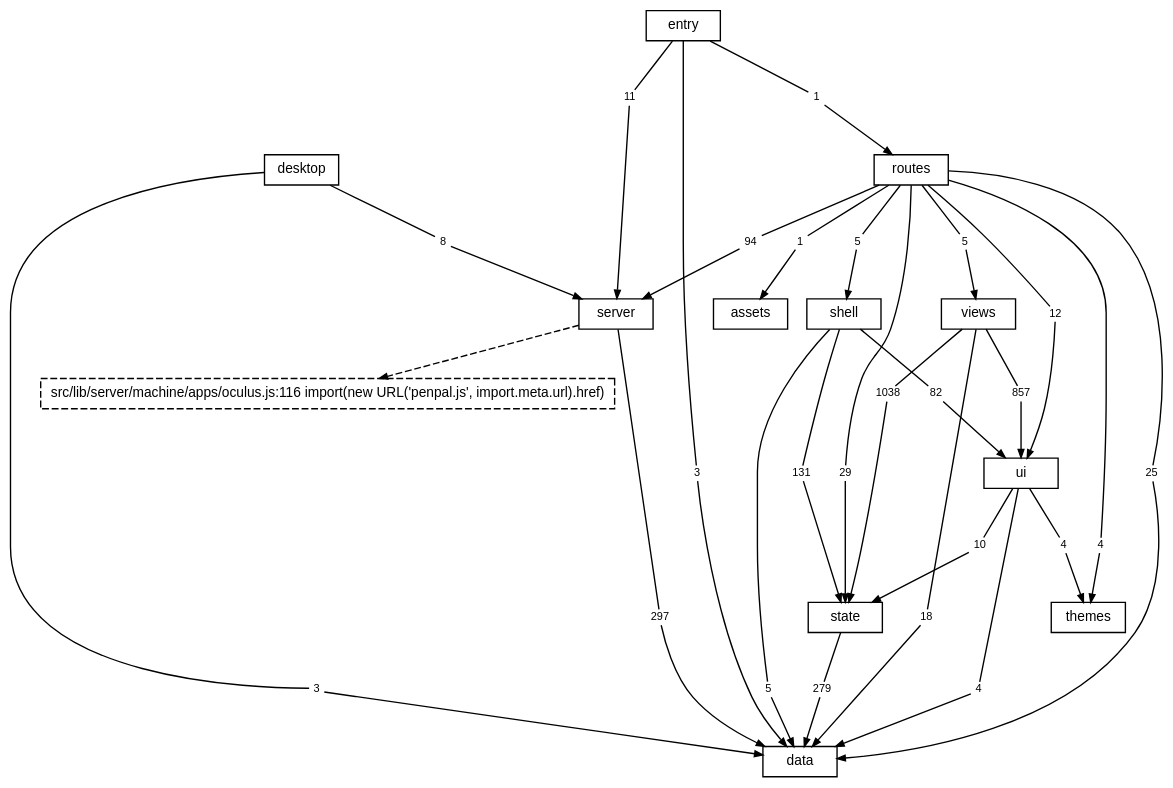
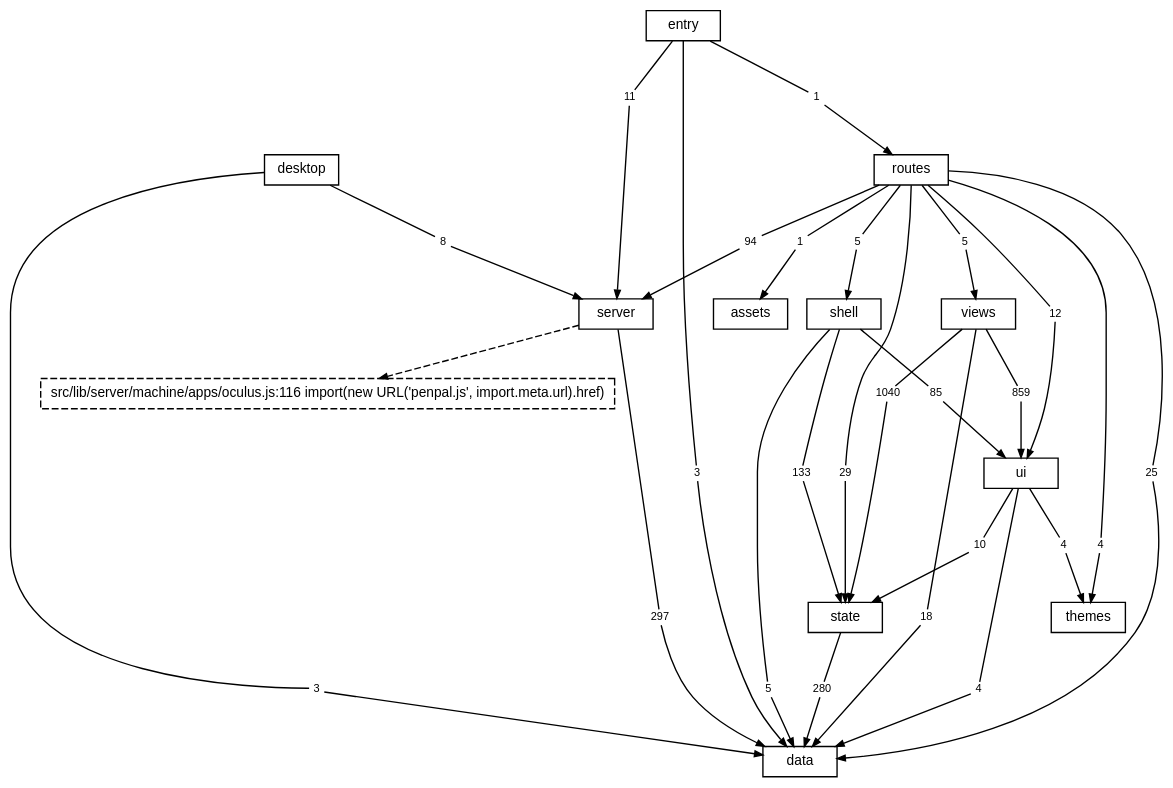
The diagram in docs/diagrams/layers.dot (TheAxeC/oculus), drawn with Graphviz before and after one commit. The commit also changed 115 other files, not shown here.

```diff
--- a/docs/diagrams/layers.dot
+++ b/docs/diagrams/layers.dot
@@ -1,90 +1,90 @@
 digraph layers {
     graph [bgcolor="transparent", rankdir=TB, newrank=true, fontname="Helvetica,Arial,sans-serif", fontsize=12, nodesep=0.2, ranksep=0.5];
     node [shape=box, color="black", fontcolor="black", fontname="Helvetica,Arial,sans-serif", fontsize=10, height=0.3, margin="0.12,0.04"];
     edge [color="black", fontcolor="black", fontname="Helvetica,Arial,sans-serif", fontsize=8, arrowsize=0.6];
     "data";
     "server";
     "state";
     "ui";
     "shell";
     "views";
     "themes";
     "routes";
     "desktop";
     "src" [label="entry"];
     "files: assets" [label="assets"];
     "? src/lib/server/machine/apps/oculus.js:116" [label="src/lib/server/machine/apps/oculus.js:116 import(new URL('penpal.js', import.meta.url).href)", style=dashed];
     "desktop to data" [label="3", shape=box, color="transparent", fontsize=8, width=0, height=0, margin="0.04,0.02"];
     "desktop" -> "desktop to data" [arrowhead=none];
     "desktop to data" -> "data" [];
     "desktop to server" [label="8", shape=box, color="transparent", fontsize=8, width=0, height=0, margin="0.04,0.02"];
     "desktop" -> "desktop to server" [arrowhead=none];
     "desktop to server" -> "server" [];
     "routes to data" [label="25", shape=box, color="transparent", fontsize=8, width=0, height=0, margin="0.04,0.02"];
     "routes" -> "routes to data" [arrowhead=none];
     "routes to data" -> "data" [];
     "routes to files: assets" [label="1", shape=box, color="transparent", fontsize=8, width=0, height=0, margin="0.04,0.02"];
     "routes" -> "routes to files: assets" [arrowhead=none];
     "routes to files: assets" -> "files: assets" [];
     "routes to server" [label="94", shape=box, color="transparent", fontsize=8, width=0, height=0, margin="0.04,0.02"];
     "routes" -> "routes to server" [arrowhead=none];
     "routes to server" -> "server" [];
     "routes to shell" [label="5", shape=box, color="transparent", fontsize=8, width=0, height=0, margin="0.04,0.02"];
     "routes" -> "routes to shell" [arrowhead=none];
     "routes to shell" -> "shell" [];
     "routes to state" [label="29", shape=box, color="transparent", fontsize=8, width=0, height=0, margin="0.04,0.02"];
     "routes" -> "routes to state" [arrowhead=none];
     "routes to state" -> "state" [];
     "routes to themes" [label="4", shape=box, color="transparent", fontsize=8, width=0, height=0, margin="0.04,0.02"];
     "routes" -> "routes to themes" [arrowhead=none];
     "routes to themes" -> "themes" [];
     "routes to ui" [label="12", shape=box, color="transparent", fontsize=8, width=0, height=0, margin="0.04,0.02"];
     "routes" -> "routes to ui" [arrowhead=none];
     "routes to ui" -> "ui" [];
     "routes to views" [label="5", shape=box, color="transparent", fontsize=8, width=0, height=0, margin="0.04,0.02"];
     "routes" -> "routes to views" [arrowhead=none];
     "routes to views" -> "views" [];
     "server to data" [label="297", shape=box, color="transparent", fontsize=8, width=0, height=0, margin="0.04,0.02"];
     "server" -> "server to data" [arrowhead=none];
     "server to data" -> "data" [];
     "shell to data" [label="5", shape=box, color="transparent", fontsize=8, width=0, height=0, margin="0.04,0.02"];
     "shell" -> "shell to data" [arrowhead=none];
     "shell to data" -> "data" [];
-    "shell to state" [label="131", shape=box, color="transparent", fontsize=8, width=0, height=0, margin="0.04,0.02"];
+    "shell to state" [label="133", shape=box, color="transparent", fontsize=8, width=0, height=0, margin="0.04,0.02"];
     "shell" -> "shell to state" [arrowhead=none];
     "shell to state" -> "state" [];
-    "shell to ui" [label="82", shape=box, color="transparent", fontsize=8, width=0, height=0, margin="0.04,0.02"];
+    "shell to ui" [label="85", shape=box, color="transparent", fontsize=8, width=0, height=0, margin="0.04,0.02"];
     "shell" -> "shell to ui" [arrowhead=none];
     "shell to ui" -> "ui" [];
     "src to data" [label="3", shape=box, color="transparent", fontsize=8, width=0, height=0, margin="0.04,0.02"];
     "src" -> "src to data" [arrowhead=none];
     "src to data" -> "data" [];
     "src to routes" [label="1", shape=box, color="transparent", fontsize=8, width=0, height=0, margin="0.04,0.02"];
     "src" -> "src to routes" [arrowhead=none];
     "src to routes" -> "routes" [];
     "src to server" [label="11", shape=box, color="transparent", fontsize=8, width=0, height=0, margin="0.04,0.02"];
     "src" -> "src to server" [arrowhead=none];
     "src to server" -> "server" [];
-    "state to data" [label="279", shape=box, color="transparent", fontsize=8, width=0, height=0, margin="0.04,0.02"];
+    "state to data" [label="280", shape=box, color="transparent", fontsize=8, width=0, height=0, margin="0.04,0.02"];
     "state" -> "state to data" [arrowhead=none];
     "state to data" -> "data" [];
     "ui to data" [label="4", shape=box, color="transparent", fontsize=8, width=0, height=0, margin="0.04,0.02"];
     "ui" -> "ui to data" [arrowhead=none];
     "ui to data" -> "data" [];
     "ui to state" [label="10", shape=box, color="transparent", fontsize=8, width=0, height=0, margin="0.04,0.02"];
     "ui" -> "ui to state" [arrowhead=none];
     "ui to state" -> "state" [];
     "ui to themes" [label="4", shape=box, color="transparent", fontsize=8, width=0, height=0, margin="0.04,0.02"];
     "ui" -> "ui to themes" [arrowhead=none];
     "ui to themes" -> "themes" [];
     "views to data" [label="18", shape=box, color="transparent", fontsize=8, width=0, height=0, margin="0.04,0.02"];
     "views" -> "views to data" [arrowhead=none];
     "views to data" -> "data" [];
-    "views to state" [label="1038", shape=box, color="transparent", fontsize=8, width=0, height=0, margin="0.04,0.02"];
+    "views to state" [label="1040", shape=box, color="transparent", fontsize=8, width=0, height=0, margin="0.04,0.02"];
     "views" -> "views to state" [arrowhead=none];
     "views to state" -> "state" [];
-    "views to ui" [label="857", shape=box, color="transparent", fontsize=8, width=0, height=0, margin="0.04,0.02"];
+    "views to ui" [label="859", shape=box, color="transparent", fontsize=8, width=0, height=0, margin="0.04,0.02"];
     "views" -> "views to ui" [arrowhead=none];
     "views to ui" -> "ui" [];
     "server" -> "? src/lib/server/machine/apps/oculus.js:116" [style=dashed];
 }
```
